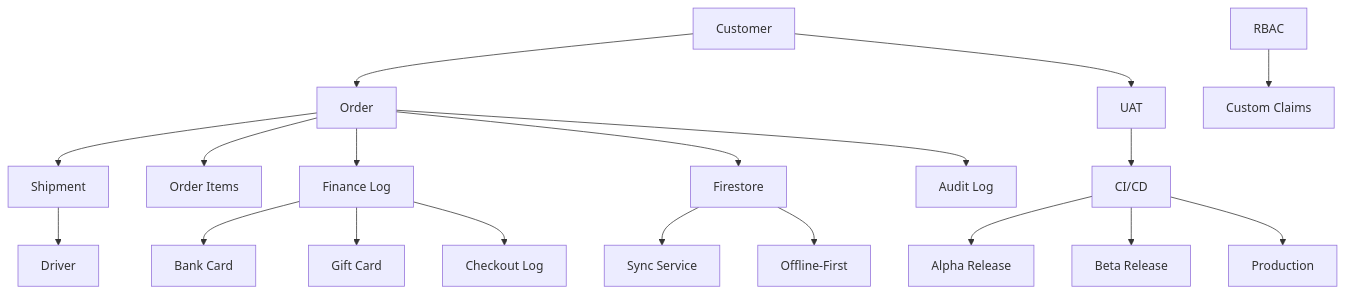
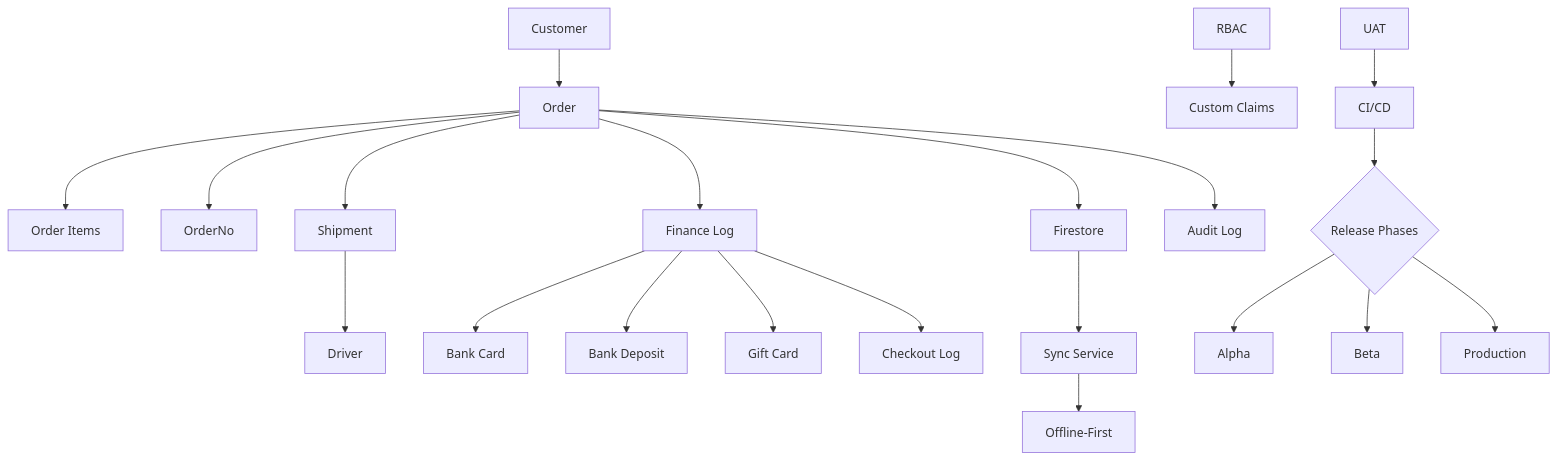
The third of 3 diagrams in docs/99-glossary/99-glossary.md (Ash69g/Documentation-Study), drawn with Mermaid before and after one commit. The commit also changed other lines of this file and 8 other files, not shown here.

````diff
--- a/docs/99-glossary/99-glossary.md
+++ b/docs/99-glossary/99-glossary.md
@@ -148,21 +115,23 @@
 ```mermaid
 graph TD
- Customer --> Order
- Order --> Shipment
- Shipment --> Driver
- Order --> OrderItems["Order Items"]
- Order --> FinanceLog["Finance Log"]
- FinanceLog --> BankCard["Bank Card"]
- FinanceLog --> GiftCard["Gift Card"]
- FinanceLog --> CheckoutLog["Checkout Log"]
- Customer --> UAT
- UAT --> CI_CD["CI/CD"]
- CI_CD --> Alpha["Alpha Release"]
- CI_CD --> Beta["Beta Release"]
- CI_CD --> Production
- Order --> Firestore
- Firestore --> SyncService["Sync Service"]
- Firestore --> OfflineFirst["Offline-First"]
- Order --> AuditLog["Audit Log"]
- RBAC --> CustomClaims["Custom Claims"]
+  Customer --> Order
+  Order --> OrderItems["Order Items"]
+  Order --> OrderNo["OrderNo"]
+  Order --> Shipment
+  Shipment --> Driver
+  Order --> FinanceLog["Finance Log"]
+  FinanceLog --> BankCard["Bank Card"]
+  FinanceLog --> BankDeposit["Bank Deposit"]
+  FinanceLog --> GiftCard["Gift Card"]
+  FinanceLog --> CheckoutLog["Checkout Log"]
+  Order --> Firestore
+  Firestore --> SyncService["Sync Service"]
+  SyncService --> OfflineFirst["Offline-First"]
+  Order --> AuditLog["Audit Log"]
+  RBAC --> CustomClaims["Custom Claims"]
+  UAT --> CICD["CI/CD"]
+  CICD --> Releases{"Release Phases"}
+  Releases --> Alpha
+  Releases --> Beta
+  Releases --> Production
 ```
````
